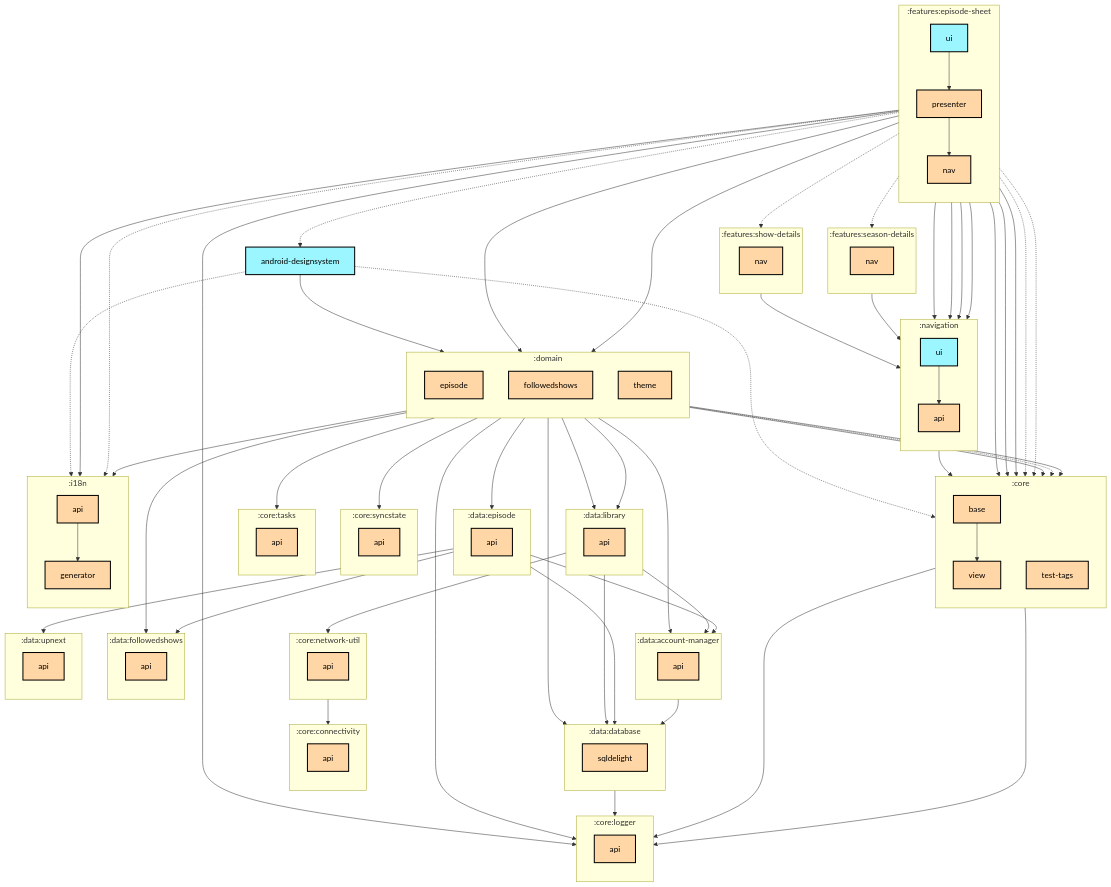
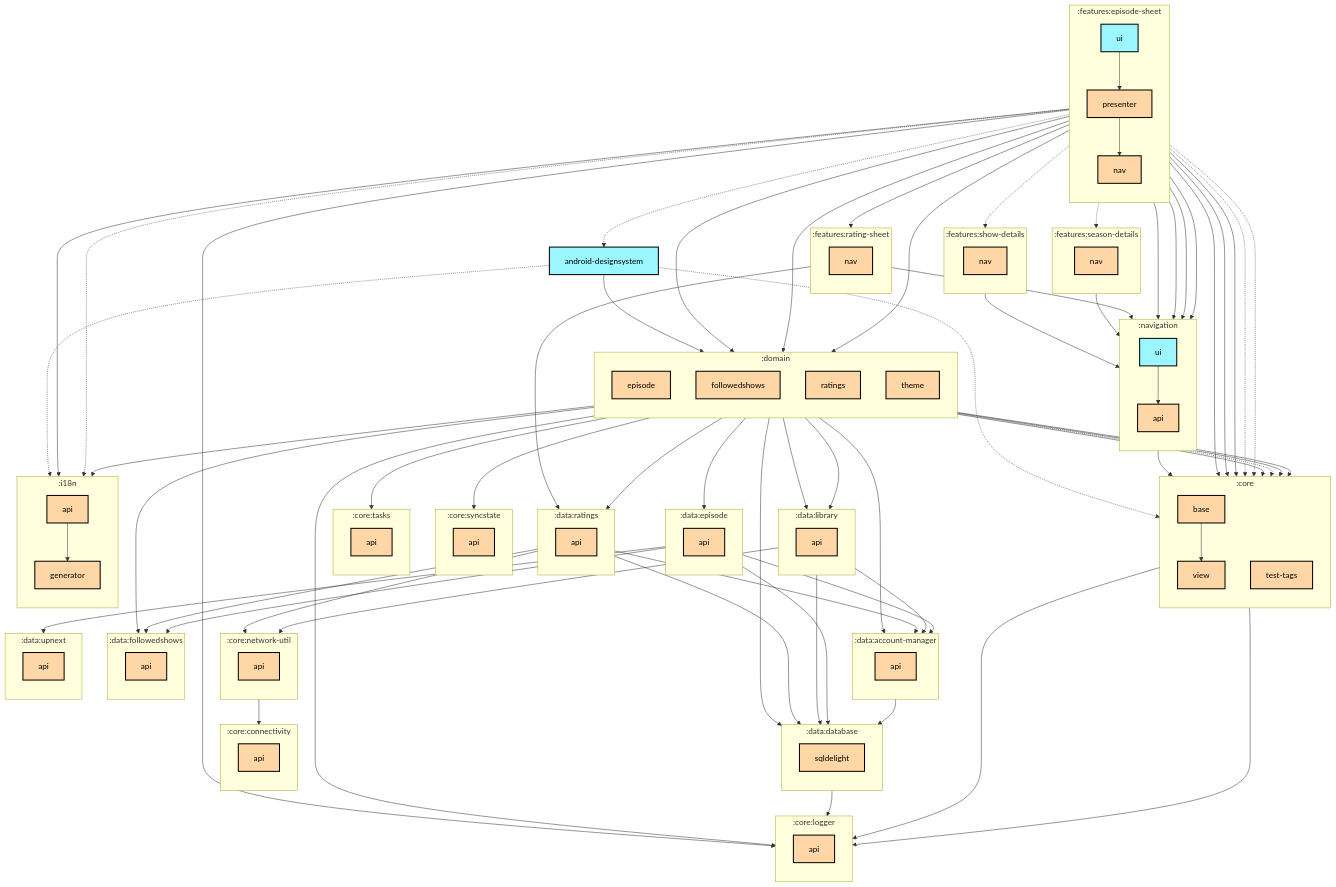
Before and after one commit to thomaskioko/tv-maniac: the first of 2 diagrams in features/episode-sheet/ui/README.md, drawn with Mermaid. The commit also changed 9 other files, not shown here.

Commit message:
🤖 Update module graphs

```diff
--- a/features/episode-sheet/ui/README.md
+++ b/features/episode-sheet/ui/README.md
@@ -52,6 +52,10 @@
     direction TB
     :data:library:api[api]:::multiplatform
   end
+  subgraph :data:ratings
+    direction TB
+    :data:ratings:api[api]:::multiplatform
+  end
   subgraph :data:upnext
     direction TB
     :data:upnext:api[api]:::multiplatform
@@ -60,6 +64,7 @@
     direction TB
     :domain:episode[episode]:::multiplatform
     :domain:followedshows[followedshows]:::multiplatform
+    :domain:ratings[ratings]:::multiplatform
     :domain:theme[theme]:::multiplatform
   end
   subgraph :features:episode-sheet
@@ -67,6 +72,10 @@
     :features:episode-sheet:nav[nav]:::multiplatform
     :features:episode-sheet:presenter[presenter]:::multiplatform
     :features:episode-sheet:ui[ui]:::android-library
+  end
+  subgraph :features:rating-sheet
+    direction TB
+    :features:rating-sheet:nav[nav]:::multiplatform
   end
   subgraph :features:season-details
     direction TB
@@ -103,6 +112,10 @@
   :data:library:api --> :core:network-util:api
   :data:library:api --> :data:account-manager:api
   :data:library:api --> :data:database:sqldelight
+  :data:ratings:api --> :core:network-util:api
+  :data:ratings:api --> :data:account-manager:api
+  :data:ratings:api --> :data:database:sqldelight
+  :data:ratings:api --> :data:followedshows:api
   :domain:episode --> :core:base
   :domain:episode --> :core:logger:api
   :domain:episode --> :core:syncstate:api
@@ -115,6 +128,8 @@
   :domain:followedshows --> :core:base
   :domain:followedshows --> :data:followedshows:api
   :domain:followedshows --> :data:library:api
+  :domain:ratings --> :core:base
+  :domain:ratings --> :data:ratings:api
   :domain:theme --> :i18n:generator
   :features:episode-sheet:nav --> :navigation:api
   :features:episode-sheet:presenter --> :core:base
@@ -122,7 +137,9 @@
   :features:episode-sheet:presenter --> :core:view
   :features:episode-sheet:presenter --> :domain:episode
   :features:episode-sheet:presenter --> :domain:followedshows
+  :features:episode-sheet:presenter --> :domain:ratings
   :features:episode-sheet:presenter --> :features:episode-sheet:nav
+  :features:episode-sheet:presenter --> :features:rating-sheet:nav
   :features:episode-sheet:presenter -.-> :features:season-details:nav
   :features:episode-sheet:presenter -.-> :features:show-details:nav
   :features:episode-sheet:presenter --> :i18n:api
@@ -135,6 +152,8 @@
   :features:episode-sheet:ui --> :features:episode-sheet:presenter
   :features:episode-sheet:ui --> :navigation:api
   :features:episode-sheet:ui --> :navigation:ui
+  :features:rating-sheet:nav --> :data:ratings:api
+  :features:rating-sheet:nav --> :navigation:api
   :features:season-details:nav --> :navigation:api
   :features:show-details:nav --> :navigation:api
   :i18n:api --> :i18n:generator
```
